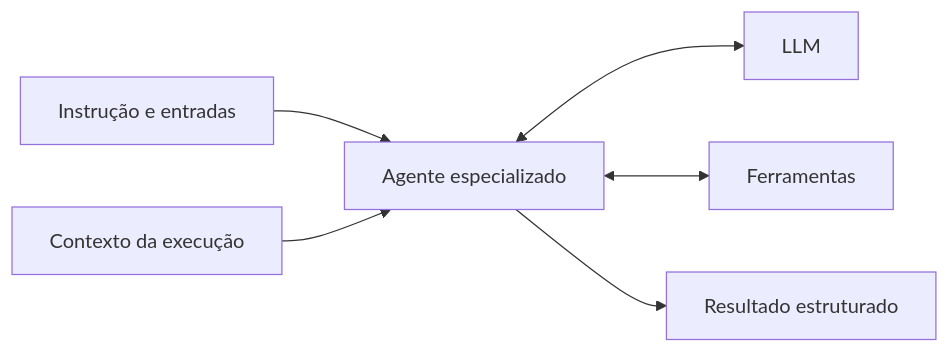
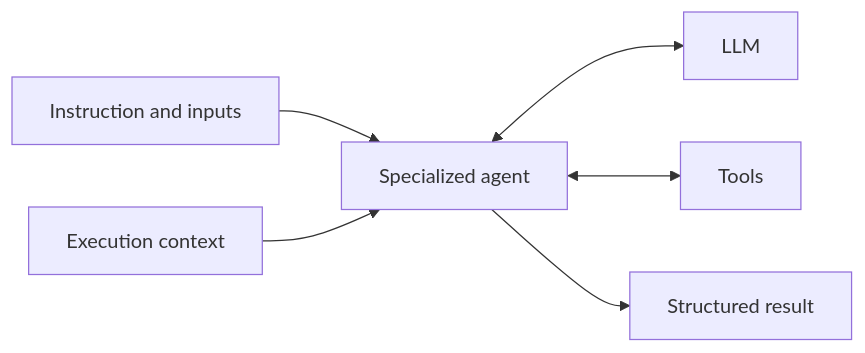
One commit to joaomadruga/AgentCompiler changed the seventh of 10 diagrams in README.md. Above: the diagram before and after it, drawn with Mermaid. The commit also changed other lines of this file and 4 other files, not shown here.

````diff
--- a/README.md
+++ b/README.md
@@ -158,8 +158,8 @@
 ```mermaid
 flowchart LR
-    I[Instrução e entradas] --> A[Agente especializado]
-    C[Contexto da execução] --> A
+    I[Instruction and inputs] --> A[Specialized agent]
+    C[Execution context] --> A
     A <--> L[LLM]
-    A <--> T[Ferramentas]
-    A --> R[Resultado estruturado]
+    A <--> T[Tools]
+    A --> R[Structured result]
 ```
````
